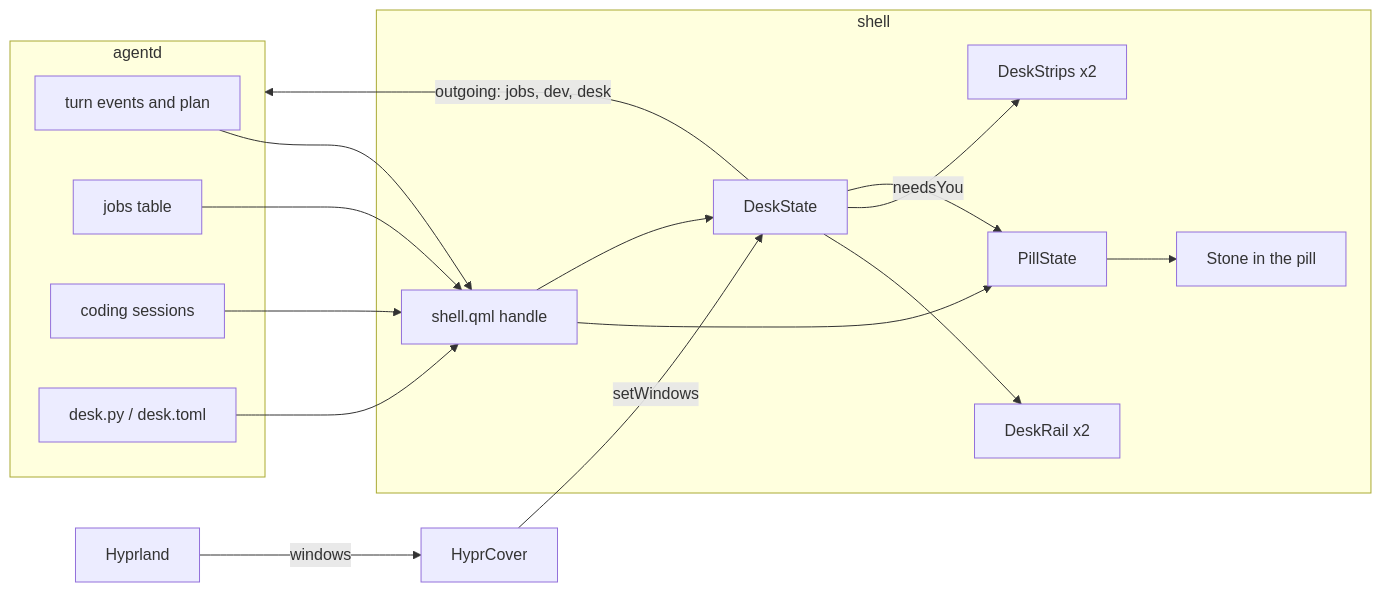
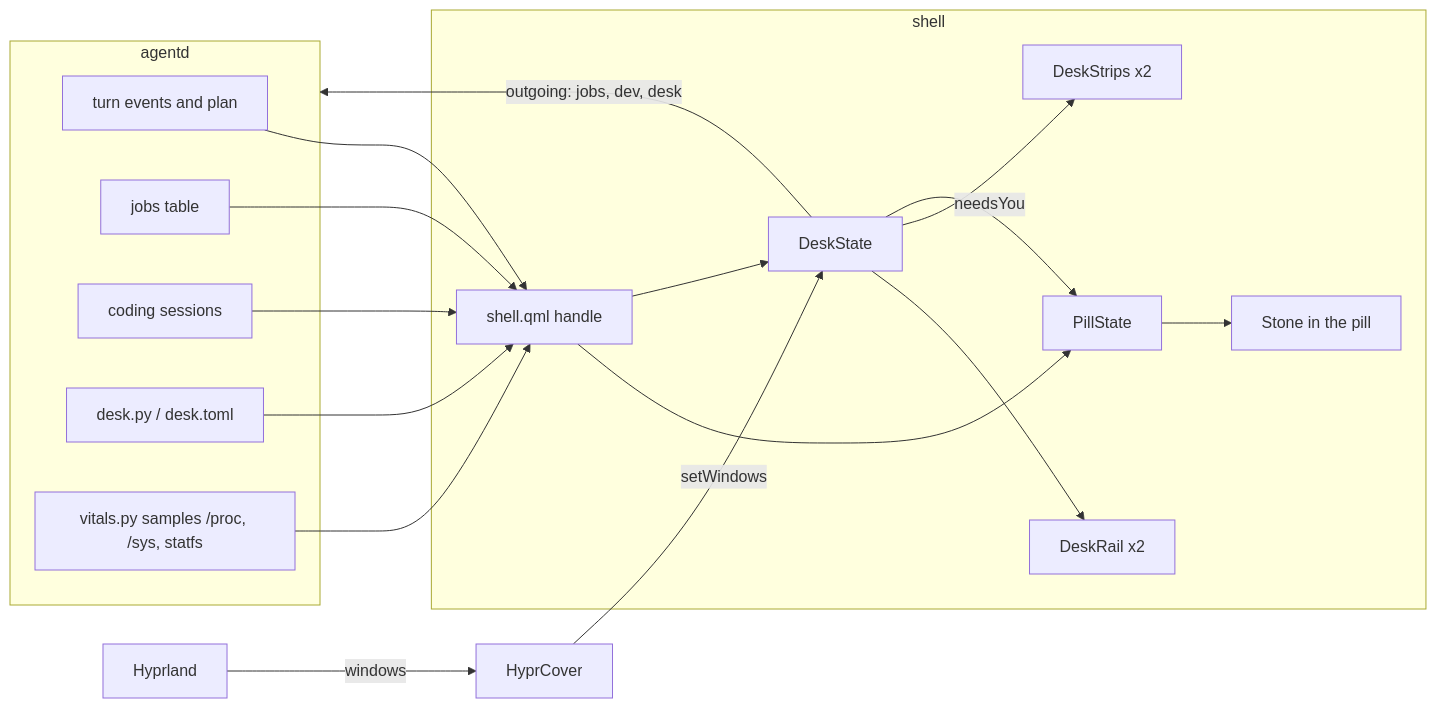
One commit to thedefaultman/Bombadil changed the first of 2 diagrams in docs/DESK.md. Above: the diagram before and after it, drawn with Mermaid. The commit also changed other lines of this file and 7 other files, not shown here.

````diff
--- a/docs/DESK.md
+++ b/docs/DESK.md
@@ -23,25 +24,26 @@
 ```mermaid
 flowchart LR
     subgraph agentd
         A[turn events and plan]
         J[jobs table]
         D[coding sessions]
         K[desk.py / desk.toml]
+        V[vitals.py samples /proc, /sys, statfs]
     end
     subgraph shell
         S[shell.qml handle]
         P[PillState]
         DS[DeskState]
         R[DeskRail x2]
         T[DeskStrips x2]
         ST[Stone in the pill]
     end
     H[Hyprland] -- windows --> C[HyprCover] -- setWindows --> DS
-    A & J & D & K --> S
+    A & J & D & K & V --> S
     S --> P
     S --> DS
     DS --> R
     DS --> T
     DS -- needsYou --> P --> ST
     DS -- outgoing: jobs, dev, desk --> agentd
 ```
````
